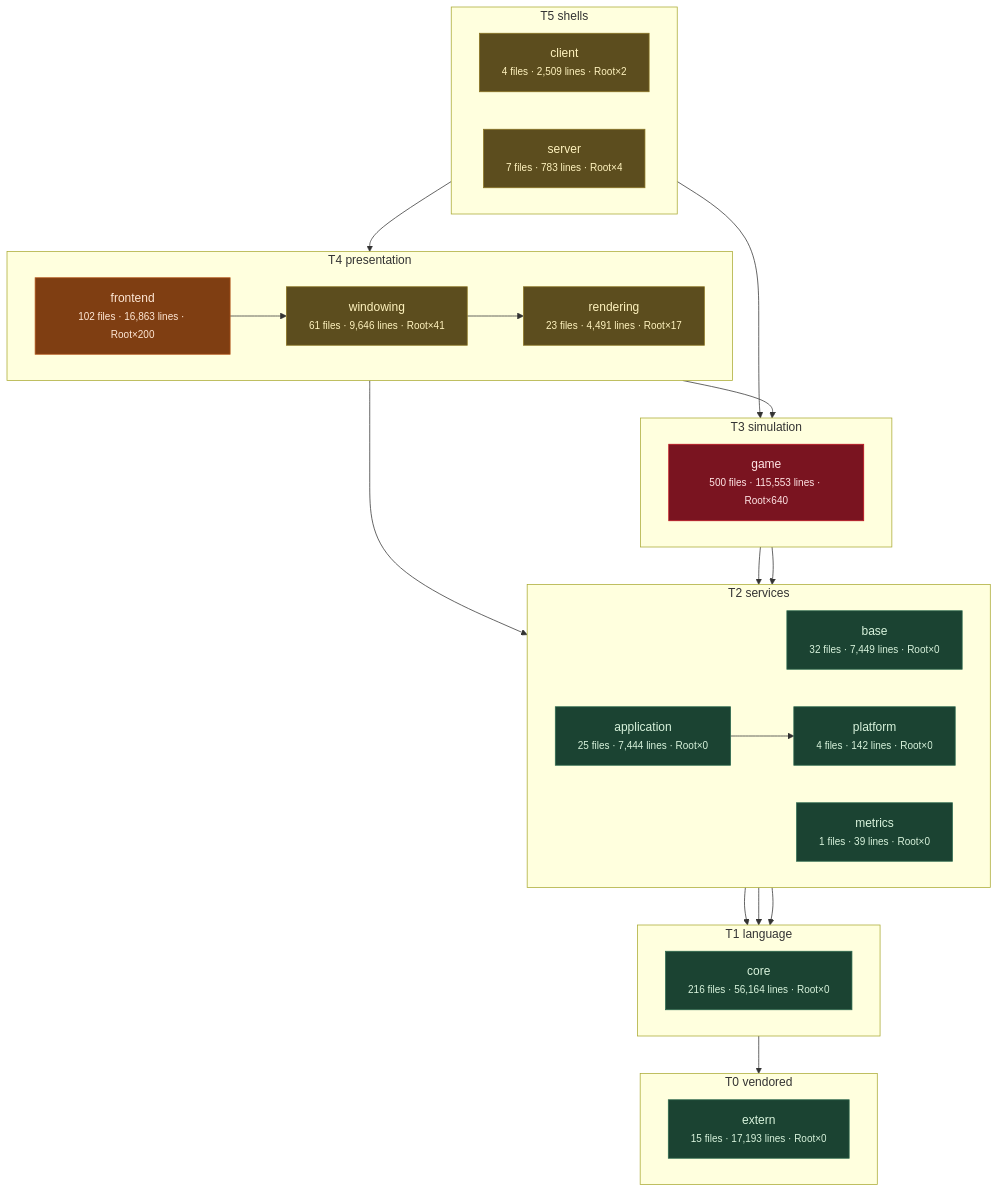
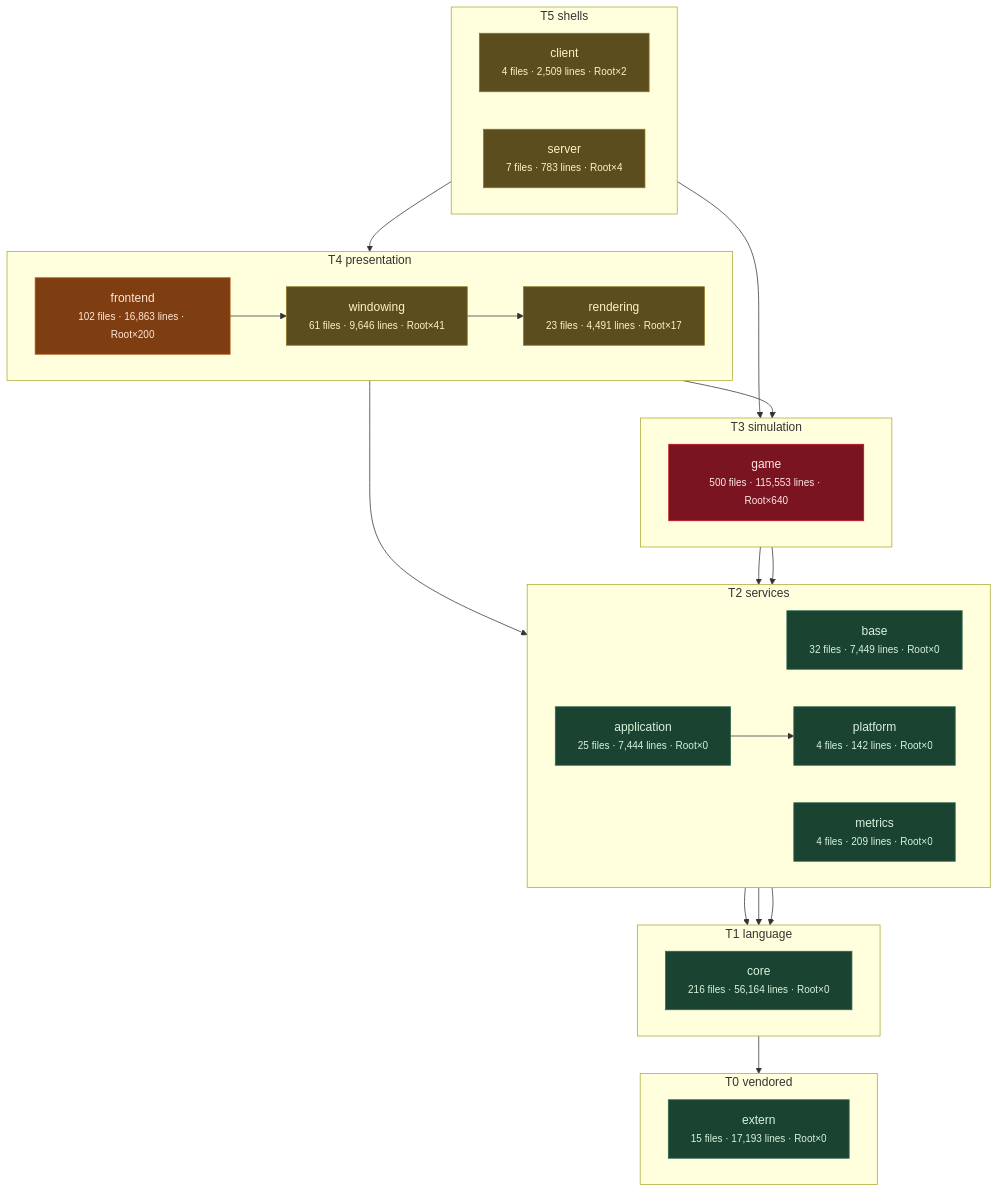
One commit to apnex/OpenStarbound changed the third of 11 diagrams in docs/architecture/system-boundaries.md. Above: the diagram before and after it, drawn with Mermaid. The commit also changed other lines of this file and 6 other files, not shown here.

````diff
--- a/docs/architecture/system-boundaries.md
+++ b/docs/architecture/system-boundaries.md
@@ -271,54 +271,54 @@
 ```mermaid
 flowchart TD
   subgraph T0["T0 vendored"]
     direction LR
     extern["extern<br/><small>15 files · 17,193 lines · Root×0</small>"]
   end
   subgraph T1["T1 language"]
     direction LR
     core["core<br/><small>216 files · 56,164 lines · Root×0</small>"]
   end
   subgraph T2["T2 services"]
     direction LR
     base["base<br/><small>32 files · 7,449 lines · Root×0</small>"]
-    metrics["metrics<br/><small>1 files · 39 lines · Root×0</small>"]
+    metrics["metrics<br/><small>4 files · 209 lines · Root×0</small>"]
     platform["platform<br/><small>4 files · 142 lines · Root×0</small>"]
     application["application<br/><small>25 files · 7,444 lines · Root×0</small>"]
   end
   subgraph T3["T3 simulation"]
     direction LR
     game["game<br/><small>500 files · 115,553 lines · Root×640</small>"]
   end
   subgraph T4["T4 presentation"]
     direction LR
     rendering["rendering<br/><small>23 files · 4,491 lines · Root×17</small>"]
     windowing["windowing<br/><small>61 files · 9,646 lines · Root×41</small>"]
     frontend["frontend<br/><small>102 files · 16,863 lines · Root×200</small>"]
   end
   subgraph T5["T5 shells"]
     direction LR
     client["client<br/><small>4 files · 2,509 lines · Root×2</small>"]
     server["server<br/><small>7 files · 783 lines · Root×4</small>"]
   end
   core --> extern
   base --> core
   metrics --> core
   platform --> core
   application --> platform
   game --> base
   game --> platform
   rendering --> application
   rendering --> game
   windowing --> rendering
   frontend --> windowing
   client --> frontend
   server --> game
   classDef clean fill:#1b4332,stroke:#2d6a4f,color:#d8f3dc
   classDef warm  fill:#5c4d1e,stroke:#8a7420,color:#fff3bf
   classDef hot   fill:#7f3e12,stroke:#b5561b,color:#ffe8d6
   classDef blaze fill:#7a1420,stroke:#c1121f,color:#ffe5e5
   class extern,core,base,metrics,platform,application clean
   class rendering,windowing,client,server warm
   class frontend hot
   class game blaze
 ```
````
